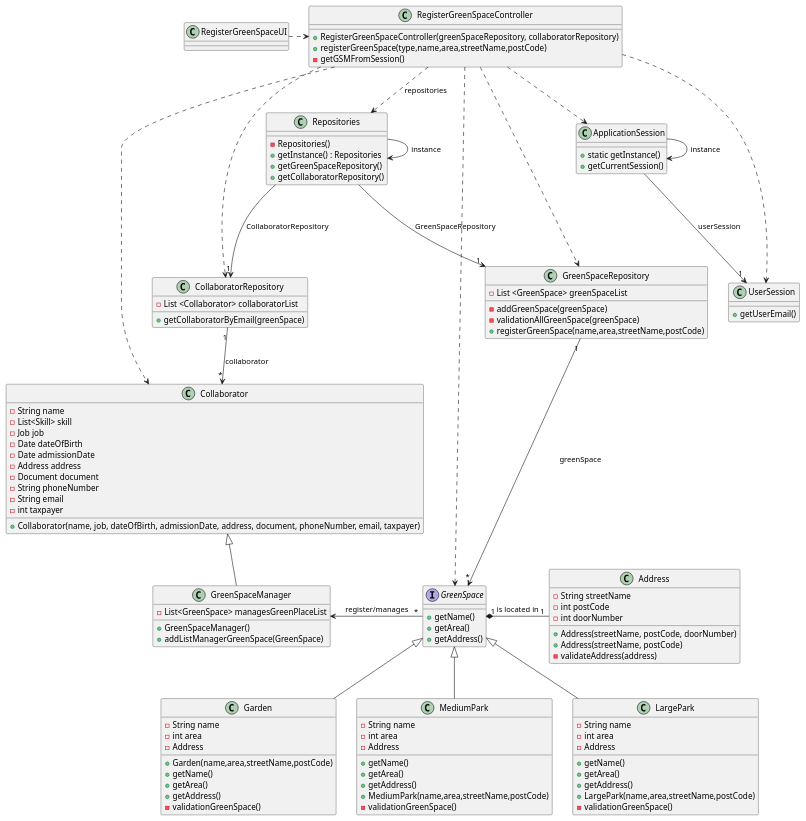
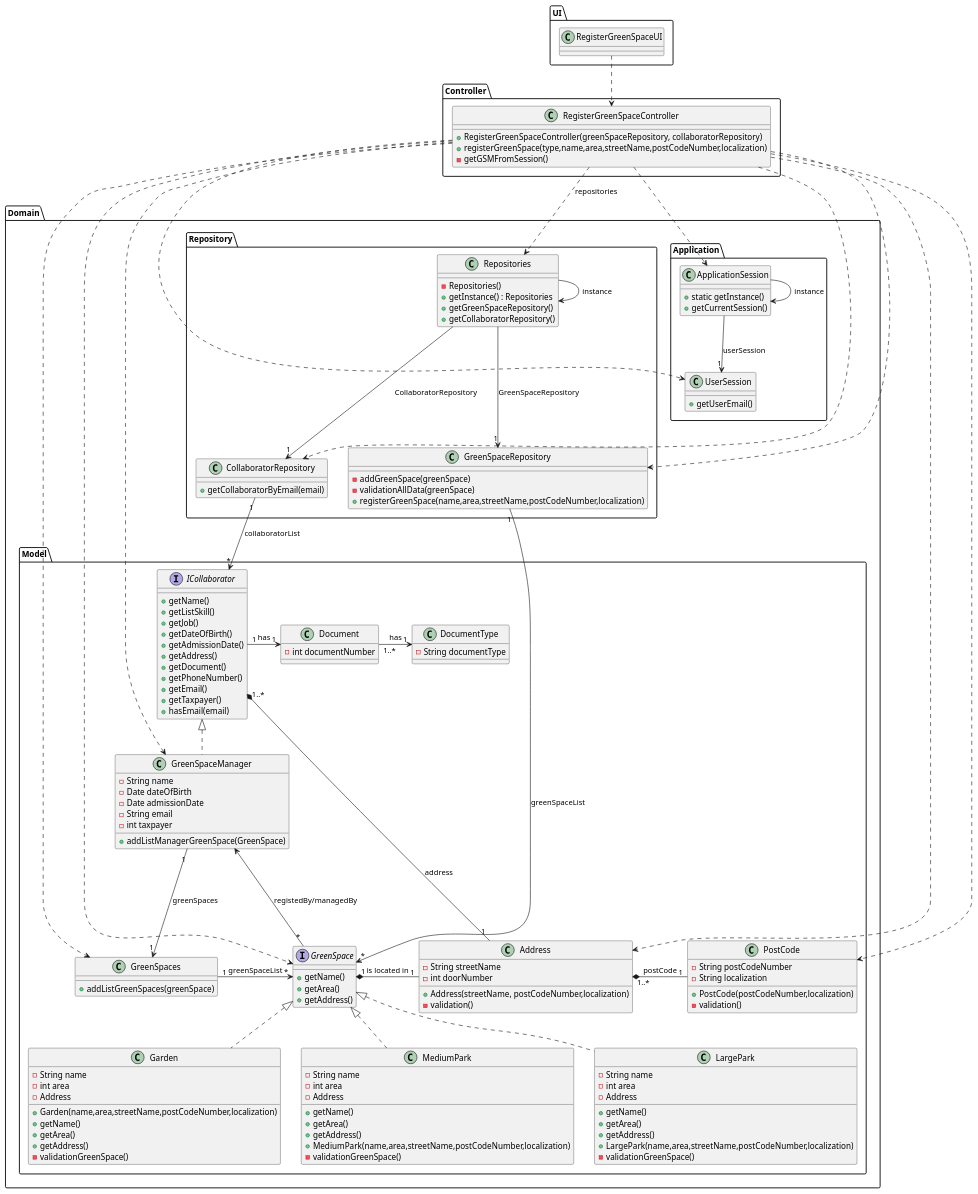
One commit to Departamento-de-Engenharia-Informatica/lei-24-s2-1db-g022 changed the diagram in docs/sprint3/us20/03.design/puml/us20-alt2-class-diagram.puml. Above: the diagram before and after it, drawn with PlantUML. The commit also changed 9 other files, not shown here.

```diff
--- a/docs/sprint3/us20/03.design/puml/us20-alt2-class-diagram.puml
+++ b/docs/sprint3/us20/03.design/puml/us20-alt2-class-diagram.puml
@@ -7,170 +7,202 @@
 skinparam classAttributeIconSize "1"
 
 'left to right direction
-
-class ApplicationSession
-{
-    + static getInstance()
-    + getCurrentSession()
+package "UI" <<Folder>> {
+    class RegisterGreenSpaceUI {
+    }
 }
 
-class UserSession
-{
-    + getUserEmail()
+package "Controller" <<Folder>> {
+    class RegisterGreenSpaceController {
+        + RegisterGreenSpaceController(greenSpaceRepository, collaboratorRepository)
+        + registerGreenSpace(type,name,area,streetName,postCodeNumber,localization)
+        - getGSMFromSession()
+
+    }
 }
+package "Domain" <<Folder>> {
 
-interface GreenSpace {
+    package "Domain.Application" <<Folder>> {
+        class ApplicationSession
+        {
+            + static getInstance()
+            + getCurrentSession()
+        }
 
-    + getName()
-    + getArea()
-    + getAddress()
+        class UserSession
+        {
+            + getUserEmail()
+        }
+    }
+
+    package "Domain.Model" <<Folder>> {
+        interface GreenSpace {
+
+            + getName()
+            + getArea()
+            + getAddress()
+
+        }
+
+        class GreenSpaces{
+            + addListGreenSpaces(greenSpace)
+        }
+
+        class Garden implements GreenSpace{
+            - String name
+            - int area
+            - Address
+
+            + Garden(name,area,streetName,postCodeNumber,localization)
+            + getName()
+            + getArea()
+            + getAddress()
+            - validationGreenSpace()
+        }
+
+        class MediumPark implements GreenSpace{
+            - String name
+            - int area
+            - Address
+
+            + getName()
+            + getArea()
+            + getAddress()
+            + MediumPark(name,area,streetName,postCodeNumber,localization)
+            - validationGreenSpace()
+        }
+
+        class LargePark implements GreenSpace{
+            - String name
+            - int area
+            - Address
+
+            + getName()
+            + getArea()
+            + getAddress()
+            + LargePark(name,area,streetName,postCodeNumber,localization)
+            - validationGreenSpace()
+
+        }
+
+        interface ICollaborator{
+            + getName()
+            + getListSkill()
+            + getJob()
+            + getDateOfBirth()
+            + getAdmissionDate()
+            + getAddress()
+            + getDocument()
+            + getPhoneNumber()
+            + getEmail()
+            + getTaxpayer()
+            + hasEmail(email)
+
+        }
+
+        class Document{
+            - int documentNumber
+        }
+
+        class DocumentType{
+            - String documentType
+        }
+
+        class GreenSpaceManager implements ICollaborator{
+            - String name
+            - Date dateOfBirth
+            - Date admissionDate
+            - String email
+            - int taxpayer
+            + addListManagerGreenSpace(GreenSpace)
+
+        }
+
+        class Address {
+            - String streetName
+            - int doorNumber
+
+            + Address(streetName, postCodeNumber,localization)
+            - validation()
+        }
+
+        class PostCode{
+            - String postCodeNumber
+            - String localization
+
+            + PostCode(postCodeNumber,localization)
+            - validation()
+        }
+    }
+
+    package "Domain.Repository" <<Folder>> {
+        class Repositories {
+
+            - Repositories()
+            + getInstance() : Repositories
+            + getGreenSpaceRepository()
+            + getCollaboratorRepository()
+        }
+
+        class CollaboratorRepository {
+            + getCollaboratorByEmail(email)
+        }
+
+        class GreenSpaceRepository {
+            - addGreenSpace(greenSpace)
+            - validationAllData(greenSpace)
+            + registerGreenSpace(name,area,streetName,postCodeNumber,localization)
+        }
+    }
 
 }
-
-class Garden{
-    - String name
-    - int area
-    - Address
-
-    + Garden(name,area,streetName,postCode)
-    + getName()
-    + getArea()
-    + getAddress()
-    - validationGreenSpace()
-}
-
-class MediumPark{
-    - String name
-    - int area
-    - Address
-
-    + getName()
-    + getArea()
-    + getAddress()
-    + MediumPark(name,area,streetName,postCode)
-    - validationGreenSpace()
-}
-
-class LargePark{
-    - String name
-    - int area
-    - Address
-
-    + getName()
-    + getArea()
-    + getAddress()
-    + LargePark(name,area,streetName,postCode)
-    - validationGreenSpace()
-
-}
-
-class RegisterGreenSpaceController {
-    + RegisterGreenSpaceController(greenSpaceRepository, collaboratorRepository)
-    + registerGreenSpace(type,name,area,streetName,postCode)
-    - getGSMFromSession()
-
-}
-
-class RegisterGreenSpaceUI {
-}
-
-class Collaborator {
-    -String name
-    -List<Skill> skill
-    -Job job
-    -Date dateOfBirth
-    -Date admissionDate
-    -Address address
-    -Document document
-    -String phoneNumber
-    -String email
-    -int taxpayer
-
-    + Collaborator(name, job, dateOfBirth, admissionDate, address, document, phoneNumber, email, taxpayer)
-}
-
-class Address {
-    -String streetName
-    -int postCode
-    -int doorNumber
-
-    +Address(streetName, postCode, doorNumber)
-    +Address(streetName, postCode)
-    -validateAddress(address)
-}
-
-class GreenSpaceManager {
-    - List<GreenSpace> managesGreenPlaceList
-
-    + GreenSpaceManager()
-    + addListManagerGreenSpace(GreenSpace)
-
-}
-
-class Repositories {
-
-    - Repositories()
-    + getInstance() : Repositories
-    + getGreenSpaceRepository()
-    + getCollaboratorRepository()
-}
-
-class CollaboratorRepository {
-    - List <Collaborator> collaboratorList
-
-    + getCollaboratorByEmail(greenSpace)
-}
-
-class GreenSpaceRepository {
-    - List <GreenSpace> greenSpaceList
-
-    - addGreenSpace(greenSpace)
-    - validationAllGreenSpace(greenSpace)
-    + registerGreenSpace(name,area,streetName,postCode)
-}
-
 '-------------------Instance-------------------
 Repositories -> Repositories : instance
 ApplicationSession -> ApplicationSession : instance
 
 '-------------------UI-------------------
-RegisterGreenSpaceUI .> RegisterGreenSpaceController
+RegisterGreenSpaceUI ..> RegisterGreenSpaceController
 
 '-------------------Controller-------------------
 RegisterGreenSpaceController ..> Repositories : repositories
 RegisterGreenSpaceController ..> ApplicationSession
 RegisterGreenSpaceController ...> UserSession
 RegisterGreenSpaceController ...> GreenSpaceRepository
+RegisterGreenSpaceController ...> GreenSpaceManager
 RegisterGreenSpaceController ...> CollaboratorRepository
-RegisterGreenSpaceController ...> Collaborator
 RegisterGreenSpaceController ...> GreenSpace
+RegisterGreenSpaceController ...> Address
+RegisterGreenSpaceController ...> PostCode
+RegisterGreenSpaceController ...> GreenSpaces
 
 '-------------------ApplicationSession-------------------
-ApplicationSession ---> "1" UserSession : userSession
+ApplicationSession --> "1" UserSession : userSession
 
 '-------------------Repositories-------------------
 Repositories ---> "1" GreenSpaceRepository : GreenSpaceRepository
 Repositories ---> "1" CollaboratorRepository : CollaboratorRepository
 
 '-------------------CollaboratorRepository-------------------
-CollaboratorRepository "1"  --> "*" Collaborator : collaborator
+CollaboratorRepository "1"  --> "*" ICollaborator : collaboratorList
 
 '-------------------GreenSpaceRepository-------------------
-GreenSpaceRepository "1" --> "*" GreenSpace : greenSpace
+GreenSpaceRepository "1" --> "*" GreenSpace : greenSpaceList
 
-'-------------------Collaborator-------------------
-Collaborator <|-- GreenSpaceManager
 
 '-------------------Green Space Manager-------------------
-GreenSpaceManager <- "*" GreenSpace : register/manages
+GreenSpaceManager <- "*" GreenSpace : registedBy/managedBy
+GreenSpaceManager "1" ---> "1" GreenSpaces : greenSpaces
 
 '-------------------GreenSpace-------------------
-GreenSpace <|-- Garden
-GreenSpace <|-- MediumPark
-GreenSpace <|-- LargePark
-
+GreenSpaces "1" -> "*" GreenSpace: greenSpaceList
 GreenSpace "1" *- "1" Address : is located in
 
+'-------------------Address-------------------
+Address "1..*" *- "1" PostCode : postCode
+ICollaborator "1..*" *---- "1" Address : address
+
+ICollaborator "1" -> "1" Document : has
+Document "1..*" ->"1" DocumentType : has
 
 
 
```
